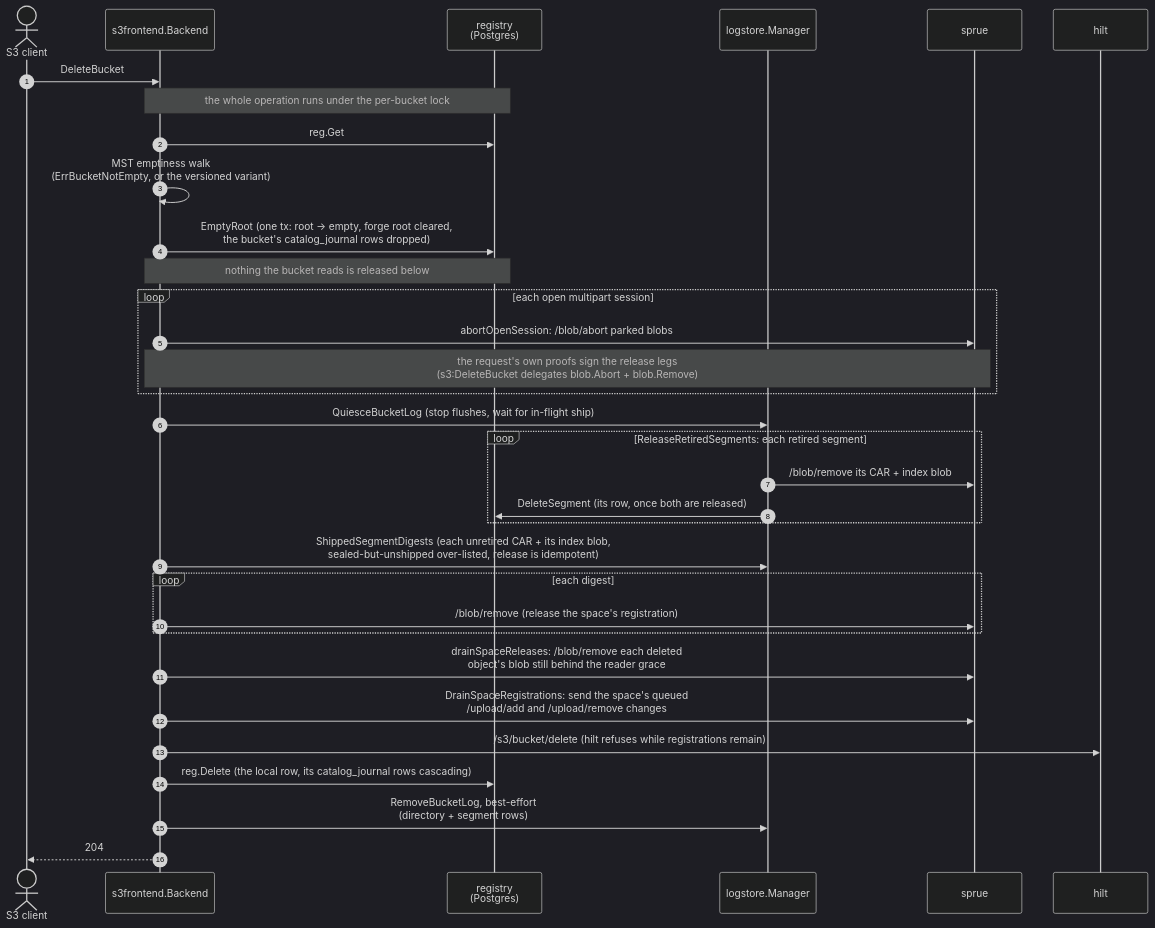
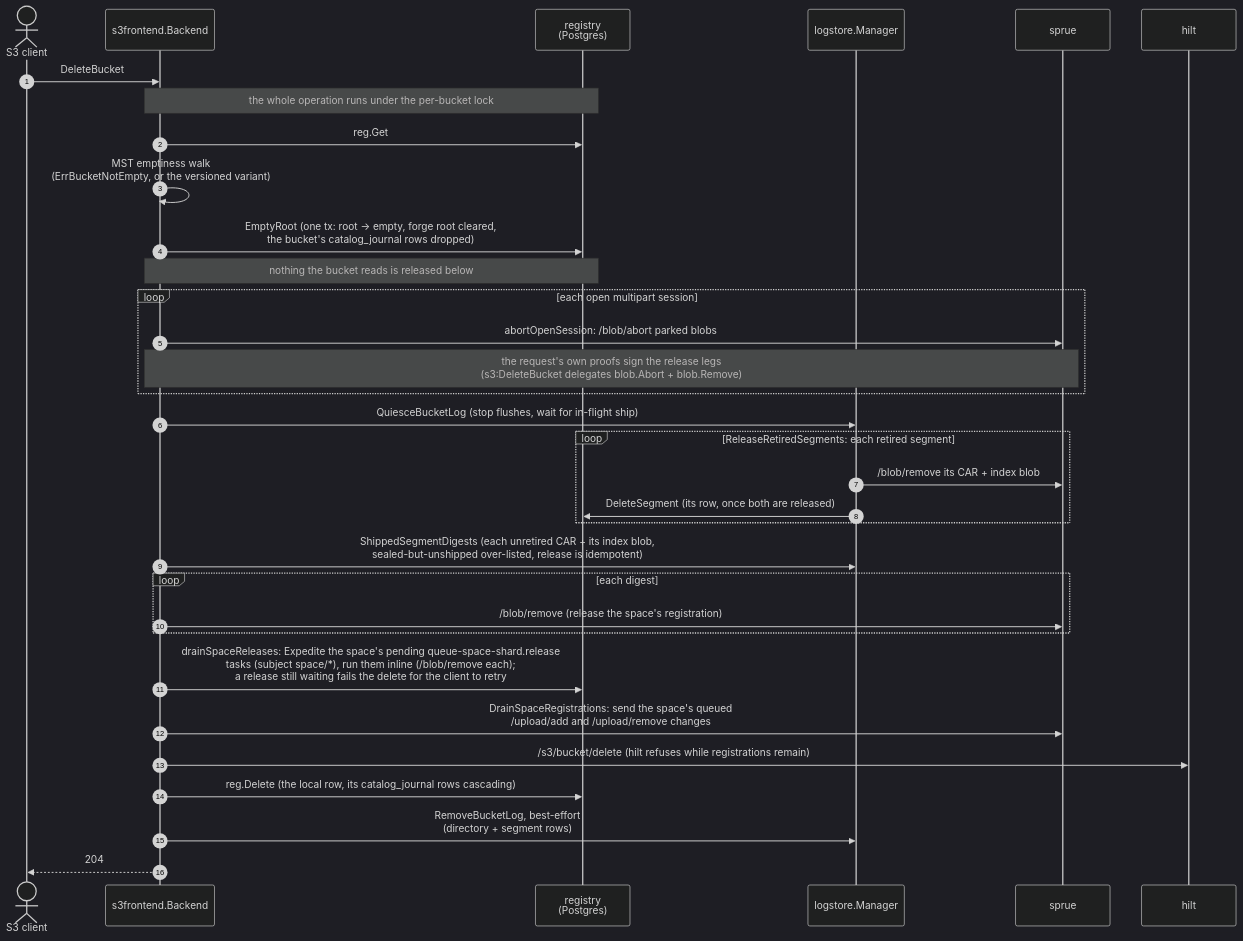
Diagram 15 of 15 in docs/diagrams.md (fil-forge/ingot), drawn with Mermaid (dark theme) before and after one commit. The commit also changed other lines of this file and 46 other files, not shown here.

First line of the commit message:
feat: release blobs as `queue-space-shard.release` tasks (#344)

````diff
--- a/docs/diagrams.md
+++ b/docs/diagrams.md
@@ -1236,36 +1234,36 @@
 ```mermaid
 sequenceDiagram
     autonumber
     actor C as S3 client
     participant B as s3frontend.Backend
     participant R as registry<br/>(Postgres)
     participant L as logstore.Manager
     participant U as sprue
     participant H as hilt
 
     C->>B: DeleteBucket
     Note over B,R: the whole operation runs under the per-bucket lock
     B->>R: reg.Get
     B->>B: MST emptiness walk<br/>(ErrBucketNotEmpty, or the versioned variant)
     B->>R: EmptyRoot (one tx: root → empty, forge root cleared,<br/>the bucket's catalog_journal rows dropped)
     Note over B,R: nothing the bucket reads is released below
     loop each open multipart session
         B->>U: abortOpenSession: /blob/abort parked blobs
         Note over B,U: the request's own proofs sign the release legs<br/>(s3:DeleteBucket delegates blob.Abort + blob.Remove)
     end
     B->>L: QuiesceBucketLog (stop flushes, wait for in-flight ship)
     loop ReleaseRetiredSegments: each retired segment
         L->>U: /blob/remove its CAR + index blob
         L->>R: DeleteSegment (its row, once both are released)
     end
     B->>L: ShippedSegmentDigests (each unretired CAR + its index blob,<br/>sealed-but-unshipped over-listed, release is idempotent)
     loop each digest
         B->>U: /blob/remove (release the space's registration)
     end
-    B->>U: drainSpaceReleases: /blob/remove each deleted<br/>object's blob still behind the reader grace
+    B->>R: drainSpaceReleases: Expedite the space's pending queue-space-shard.release<br/>tasks (subject space/*), run them inline (/blob/remove each)#59;<br/>a release still waiting fails the delete for the client to retry
     B->>U: DrainSpaceRegistrations: send the space's queued<br/>/upload/add and /upload/remove changes
     B->>H: /s3/bucket/delete (hilt refuses while registrations remain)
     B->>R: reg.Delete (the local row, its catalog_journal rows cascading)
     B->>L: RemoveBucketLog, best-effort<br/>(directory + segment rows)
     B-->>C: 204
 ```
````
